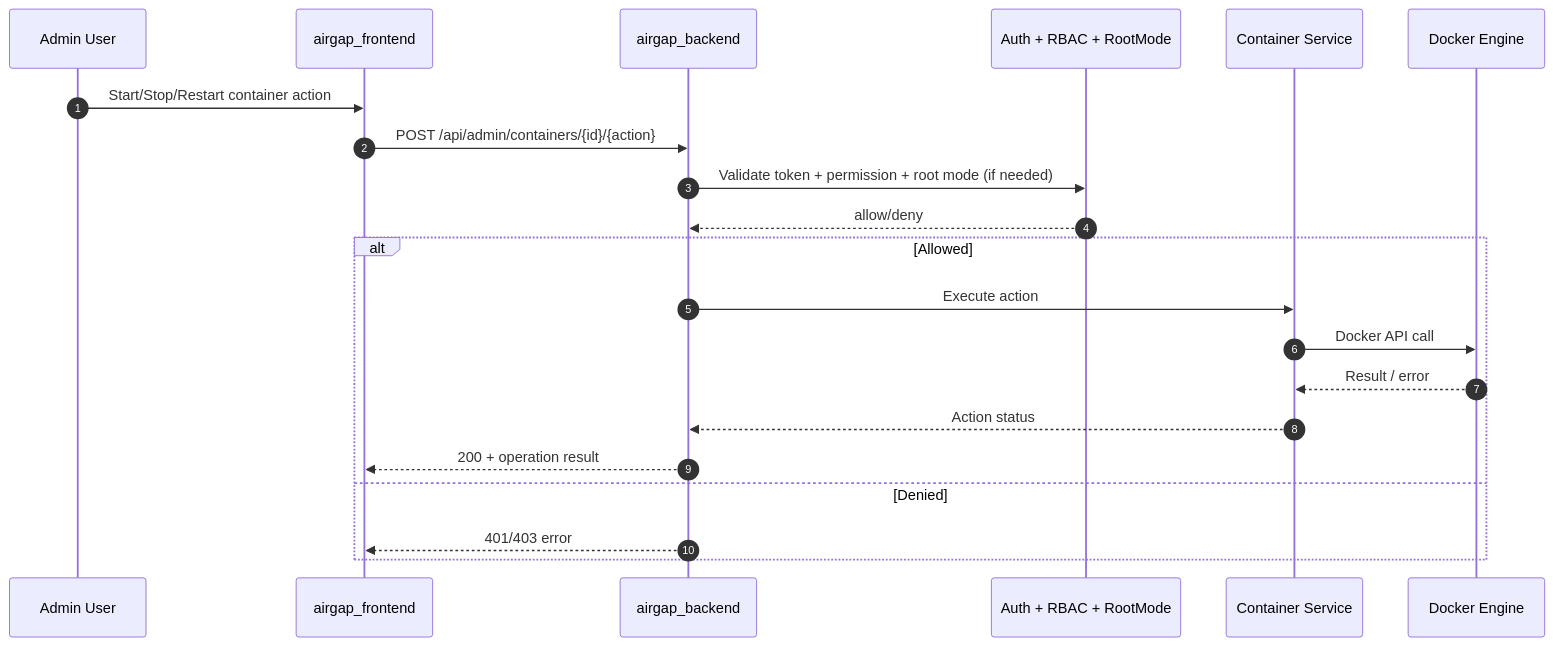
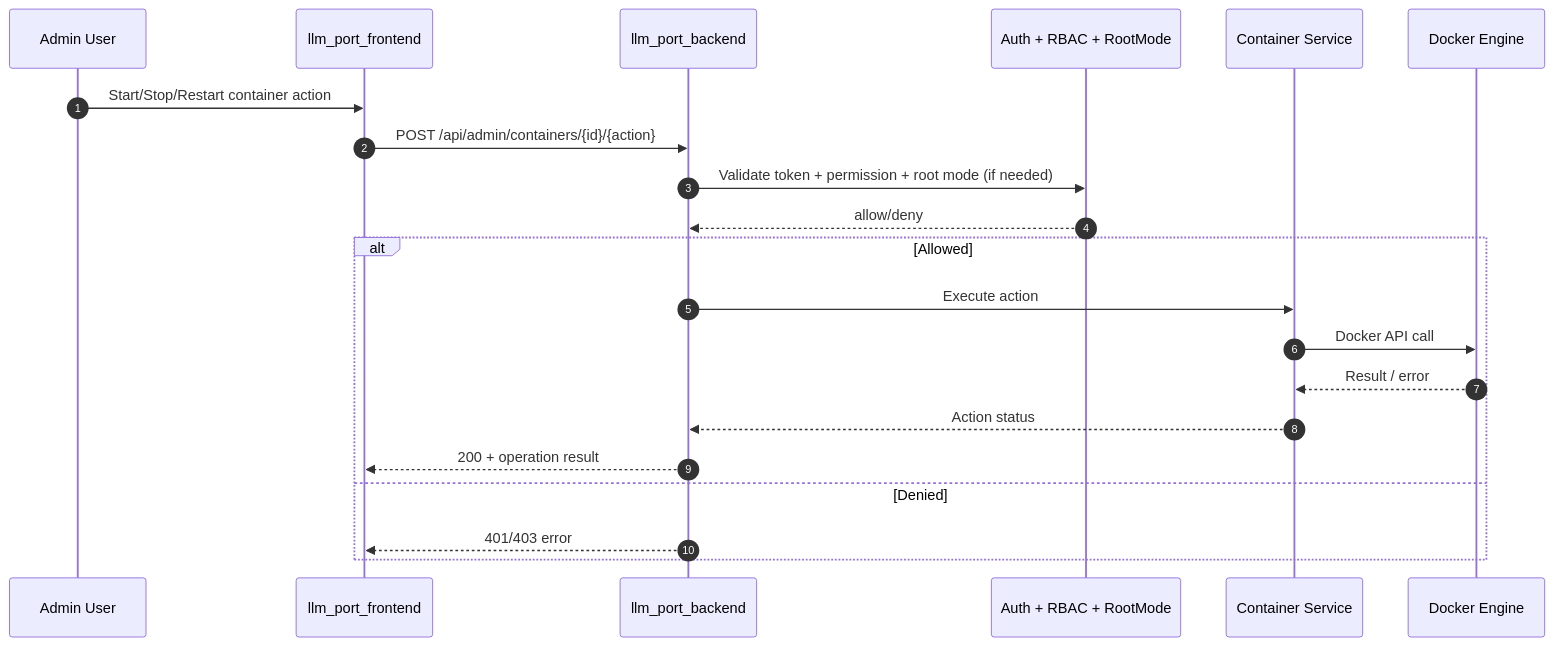
The sixth of 13 diagrams in profile/call-sequence.md (llm-port/.github), drawn with Mermaid before and after one commit. The commit also changed other lines of this file and 2 other files, not shown here.

````diff
--- a/profile/call-sequence.md
+++ b/profile/call-sequence.md
@@ -185,24 +199,24 @@
 ```mermaid
 sequenceDiagram
     autonumber
     participant U as Admin User
-    participant FE as airgap_frontend
-    participant BE as airgap_backend
+    participant FE as llm_port_frontend
+    participant BE as llm_port_backend
     participant RBAC as Auth + RBAC + RootMode
     participant OPS as Container Service
     participant DE as Docker Engine
 
     U->>FE: Start/Stop/Restart container action
     FE->>BE: POST /api/admin/containers/{id}/{action}
     BE->>RBAC: Validate token + permission + root mode (if needed)
     RBAC-->>BE: allow/deny
     alt Allowed
       BE->>OPS: Execute action
       OPS->>DE: Docker API call
       DE-->>OPS: Result / error
       OPS-->>BE: Action status
       BE-->>FE: 200 + operation result
     else Denied
       BE-->>FE: 401/403 error
     end
 ```
````
